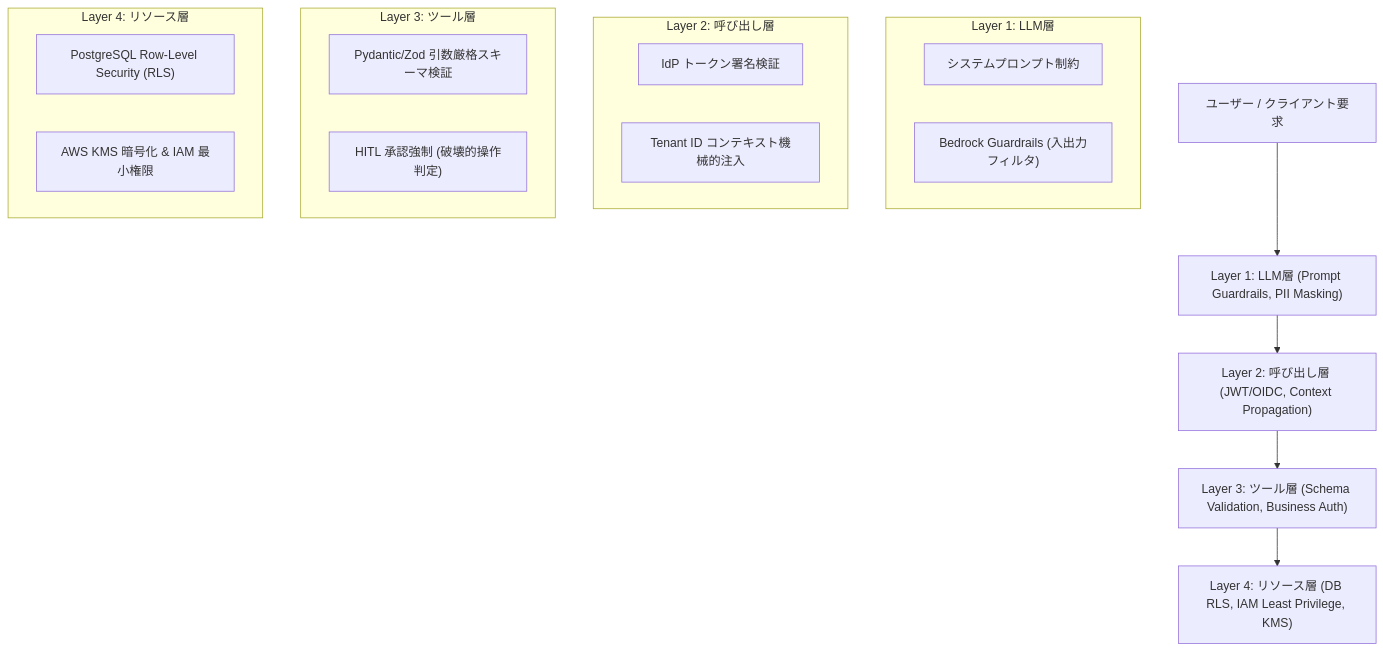
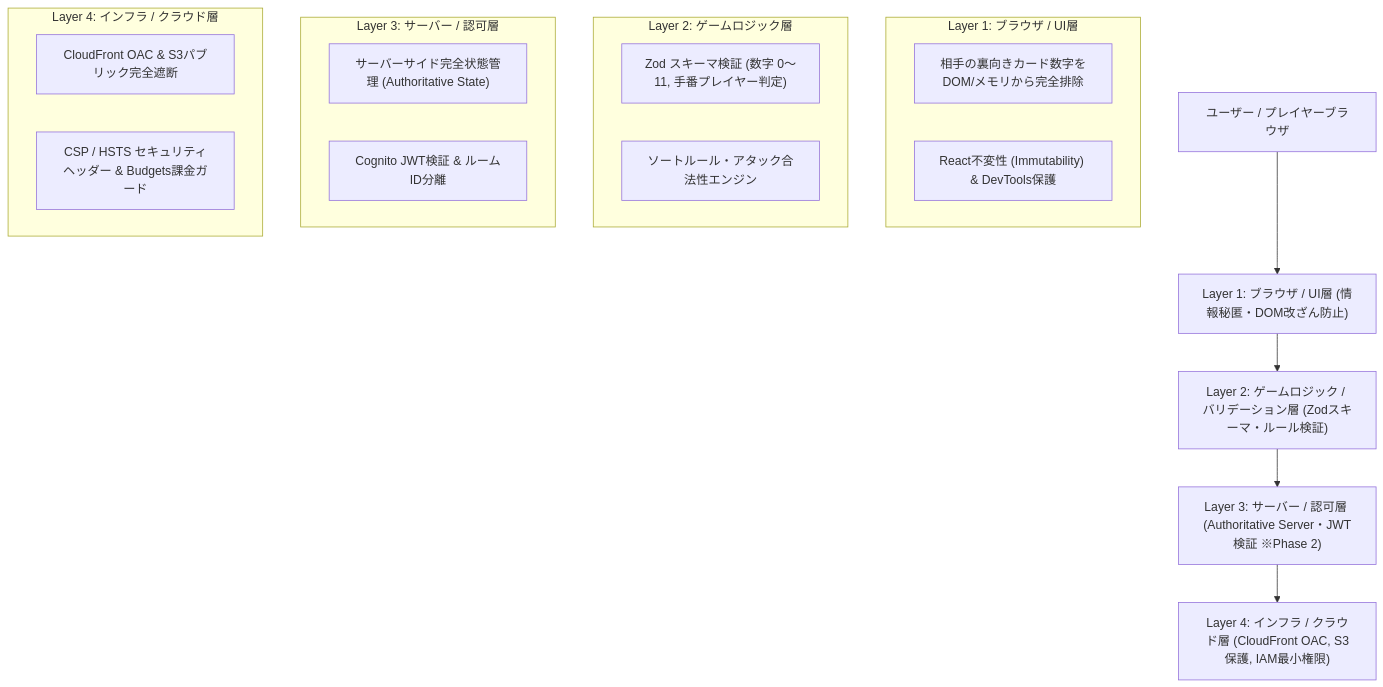
The diagram in docs/design/security/defense-in-depth.md (dandelion0016/algo), drawn with Mermaid before and after one commit. The commit also changed other lines of this file and 23 other files, not shown here.

````diff
--- a/docs/design/security/defense-in-depth.md
+++ b/docs/design/security/defense-in-depth.md
@@ -8,24 +10,24 @@
 ```mermaid
 flowchart TD
-    Req["ユーザー / クライアント要求"] --> L1["Layer 1: LLM層 (Prompt Guardrails, PII Masking)"]
-    L1 --> L2["Layer 2: 呼び出し層 (JWT/OIDC, Context Propagation)"]
-    L2 --> L3["Layer 3: ツール層 (Schema Validation, Business Auth)"]
-    L3 --> L4["Layer 4: リソース層 (DB RLS, IAM Least Privilege, KMS)"]
+    User["ユーザー / プレイヤーブラウザ"] --> L1["Layer 1: ブラウザ / UI層 (情報秘匿・DOM改ざん防止)"]
+    L1 --> L2["Layer 2: ゲームロジック / バリデーション層 (Zodスキーマ・ルール検証)"]
+    L2 --> L3["Layer 3: サーバー / 認可層 (Authoritative Server・JWT検証 ※Phase 2)"]
+    L3 --> L4["Layer 4: インフラ / クラウド層 (CloudFront OAC, S3保護, IAM最小権限)"]
 
-    subgraph L1_Detail["Layer 1: LLM層"]
-        L1a["システムプロンプト制約"]
-        L1b["Bedrock Guardrails (入出力フィルタ)"]
+    subgraph L1_Detail["Layer 1: ブラウザ / UI層"]
+        L1a["相手の裏向きカード数字をDOM/メモリから完全排除"]
+        L1b["React不変性 (Immutability) & DevTools保護"]
     end
-    subgraph L2_Detail["Layer 2: 呼び出し層"]
-        L2a["IdP トークン署名検証"]
-        L2b["Tenant ID コンテキスト機械的注入"]
+    subgraph L2_Detail["Layer 2: ゲームロジック層"]
+        L2a["Zod スキーマ検証 (数字 0〜11, 手番プレイヤー判定)"]
+        L2b["ソートルール・アタック合法性エンジン"]
     end
-    subgraph L3_Detail["Layer 3: ツール層"]
-        L3a["Pydantic/Zod 引数厳格スキーマ検証"]
-        L3b["HITL 承認強制 (破壊的操作判定)"]
+    subgraph L3_Detail["Layer 3: サーバー / 認可層"]
+        L3a["サーバーサイド完全状態管理 (Authoritative State)"]
+        L3b["Cognito JWT検証 & ルームID分離"]
     end
-    subgraph L4_Detail["Layer 4: リソース層"]
-        L4a["PostgreSQL Row-Level Security (RLS)"]
-        L4b["AWS KMS 暗号化 & IAM 最小権限"]
+    subgraph L4_Detail["Layer 4: インフラ / クラウド層"]
+        L4a["CloudFront OAC & S3パブリック完全遮断"]
+        L4b["CSP / HSTS セキュリティヘッダー & Budgets課金ガード"]
     end
 ```
````
